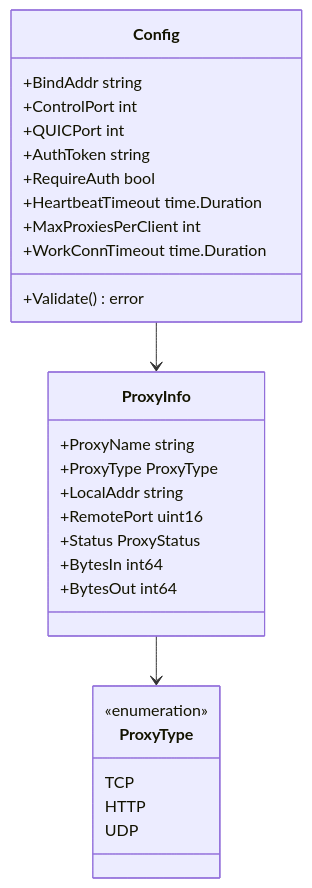
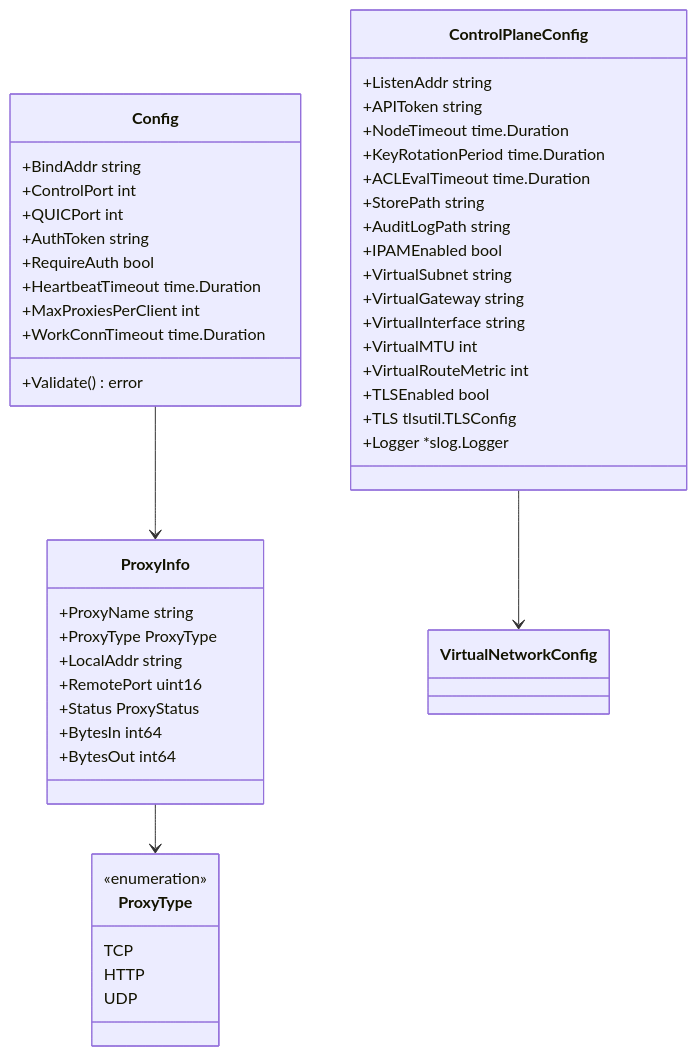
The fourth of 10 diagrams in .qoder/repowiki/zh/content/服务端架构/服务端架构.md (itsharex/NexTunnel), drawn with Mermaid before and after one commit. The commit also changed other lines of this file and 23 other files, not shown here.

````diff
--- a/.qoder/repowiki/zh/content/服务端架构/服务端架构.md
+++ b/.qoder/repowiki/zh/content/服务端架构/服务端架构.md
@@ -243,31 +265,50 @@
 ```mermaid
 classDiagram
 class Config {
 +BindAddr string
 +ControlPort int
 +QUICPort int
 +AuthToken string
 +RequireAuth bool
 +HeartbeatTimeout time.Duration
 +MaxProxiesPerClient int
 +WorkConnTimeout time.Duration
 +Validate() error
+}
+class ControlPlaneConfig {
++ListenAddr string
++APIToken string
++NodeTimeout time.Duration
++KeyRotationPeriod time.Duration
++ACLEvalTimeout time.Duration
++StorePath string
++AuditLogPath string
++IPAMEnabled bool
++VirtualSubnet string
++VirtualGateway string
++VirtualInterface string
++VirtualMTU int
++VirtualRouteMetric int
++TLSEnabled bool
++TLS tlsutil.TLSConfig
++Logger *slog.Logger
 }
 class ProxyInfo {
 +ProxyName string
 +ProxyType ProxyType
 +LocalAddr string
 +RemotePort uint16
 +Status ProxyStatus
 +BytesIn int64
 +BytesOut int64
 }
 class ProxyType {
 <<enumeration>>
 TCP
 HTTP
 UDP
 }
 Config --> ProxyInfo
 ProxyInfo --> ProxyType
+ControlPlaneConfig --> VirtualNetworkConfig
 ```
````
